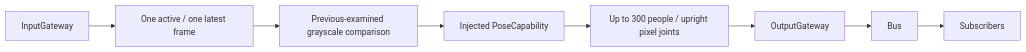
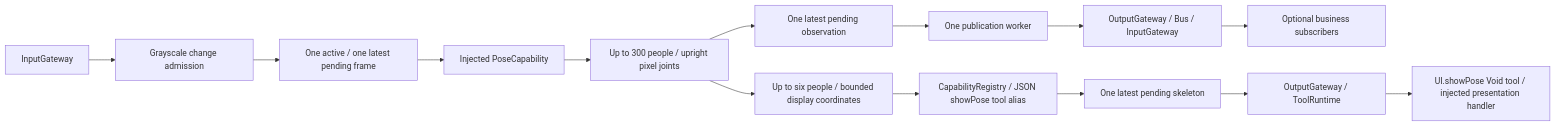
One commit to devilyouwei/MobileHarness changed the first of 2 diagrams in MobileHarness/Agents/VisionPerception/README.md. Above: the diagram before and after it, drawn with Mermaid. The commit also changed other lines of this file and 63 other files, not shown here.

````diff
--- a/MobileHarness/Agents/VisionPerception/README.md
+++ b/MobileHarness/Agents/VisionPerception/README.md
@@ -5,8 +5,16 @@
 ```mermaid
 flowchart LR
-    InputGateway --> Latest[One active / one latest frame]
-    Latest --> Filter[Previous-examined grayscale comparison]
-    Filter --> Model[Injected PoseCapability]
+    InputGateway --> Filter[Grayscale change admission]
+    Filter --> Latest[One active / one latest pending frame]
+    Latest --> Model[Injected PoseCapability]
     Model --> Observation[Up to 300 people / upright pixel joints]
-    Observation --> OutputGateway --> Bus --> Subscribers
+    Observation --> Pending[One latest pending observation]
+    Pending --> Publisher[One publication worker]
+    Publisher --> Publication[OutputGateway / Bus / InputGateway]
+    Publication --> Subscribers[Optional business subscribers]
+    Observation --> Overlay[Up to six people / bounded display coordinates]
+    Overlay --> Generator[CapabilityRegistry / JSON showPose tool alias]
+    Generator --> Output[One latest pending skeleton]
+    Output --> Gateway[OutputGateway / ToolRuntime]
+    Gateway --> Action[UI.showPose Void tool / injected presentation handler]
 ```
````
